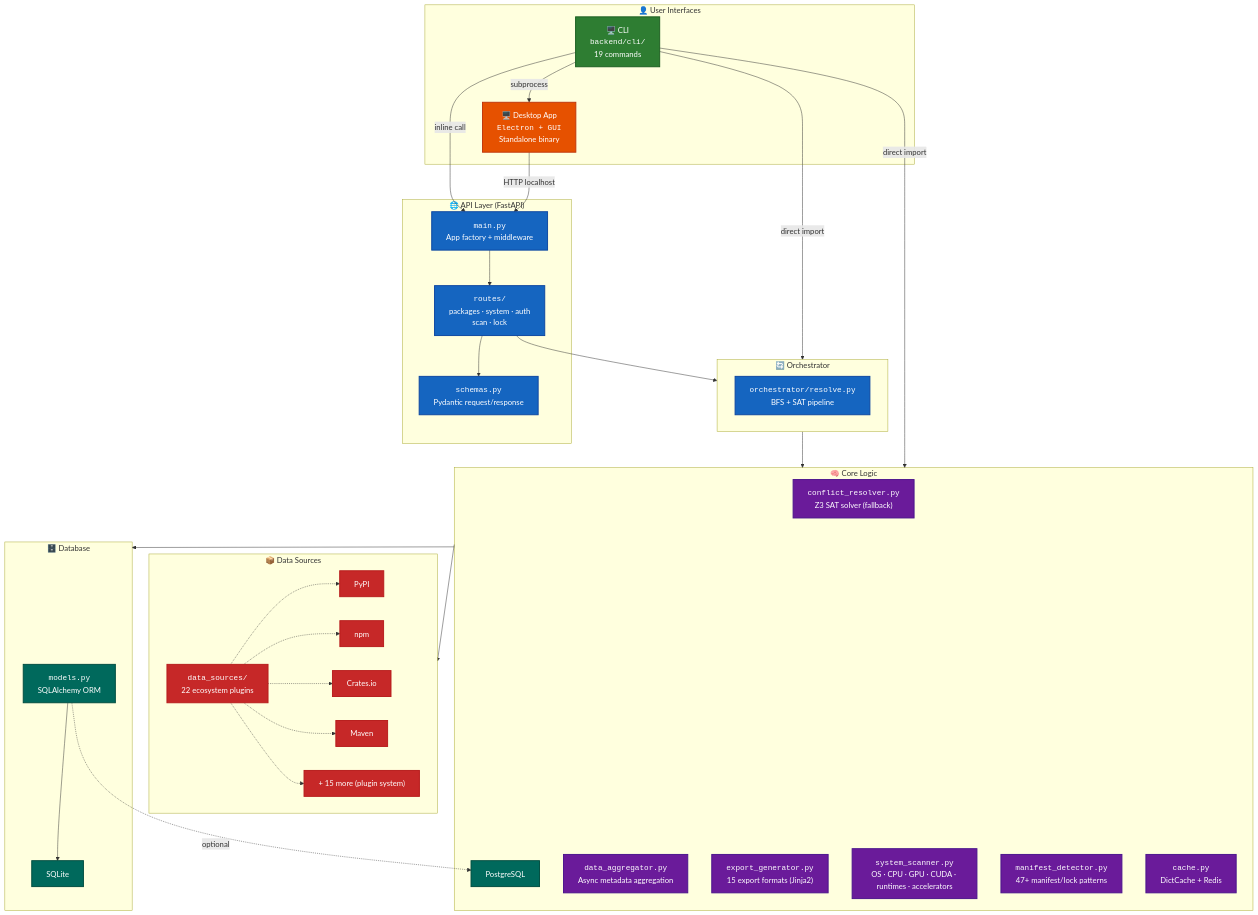
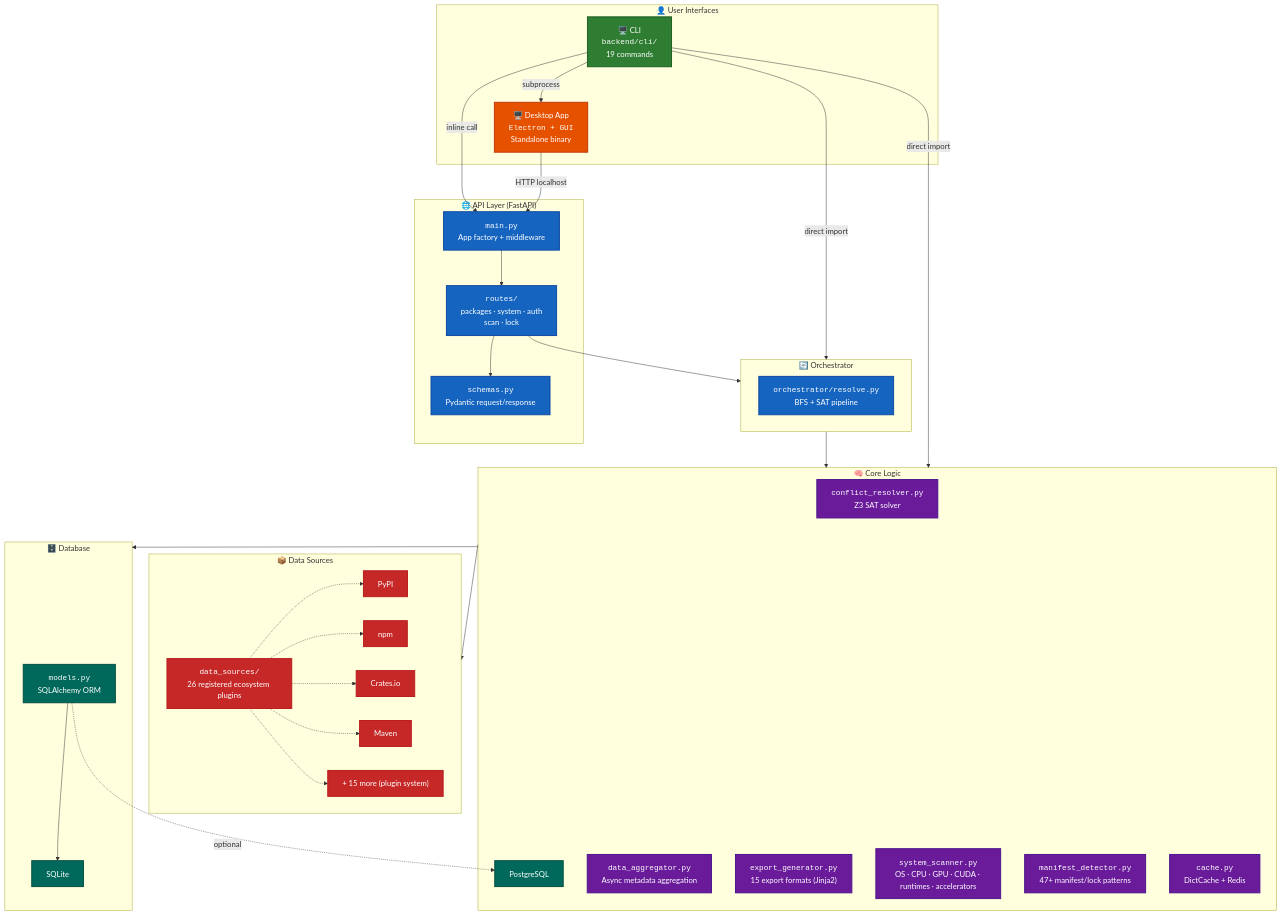
Before and after one commit to code-with-zeeshan/universal-dependency-resolver: the first of 3 diagrams in docs/ARCHITECTURE.md, drawn with Mermaid. The commit also changed other lines of this file and 156 other files, not shown here.

````diff
--- a/docs/ARCHITECTURE.md
+++ b/docs/ARCHITECTURE.md
@@ -3,68 +3,68 @@
 ```mermaid
 graph TB
     subgraph UserLayer["👤 User Interfaces"]
         CLI["🖥️ CLI<br/><code>backend/cli/</code><br/>19 commands"]:::cli
         DESKTOP["🖥️ Desktop App<br/><code>Electron + GUI</code><br/>Standalone binary"]:::desktop
     end
 
     subgraph APILayer["🌐 API Layer (FastAPI)"]
         API_MAIN["<code>main.py</code><br/>App factory + middleware"]:::api
         ROUTES["<code>routes/</code><br/>packages · system · auth<br/>scan · lock"]:::api
         SCHEMAS["<code>schemas.py</code><br/>Pydantic request/response"]:::api
     end
 
     subgraph OrchestratorLayer["🔄 Orchestrator"]
         ORCH["<code>orchestrator/resolve.py</code><br/>BFS + SAT pipeline"]:::api
     end
 
     subgraph CoreLayer["🧠 Core Logic"]
-        CR["<code>conflict_resolver.py</code><br/>Z3 SAT solver (fallback)"]:::core
-        PG["<code>pubgrub_solver.py</code><br/>PubGrub solver (default, Rust-backed)"]:::core
+        CR["<code>conflict_resolver.py</code><br/>Z3 SAT solver"]:::core
+        PG["<code>pubgrub_solver.py</code><br/>PubGrub solver (Rust-backed)"]:::core
         DA["<code>data_aggregator.py</code><br/>Async metadata aggregation"]:::core
         EG["<code>export_generator.py</code><br/>15 export formats (Jinja2)"]:::core
         SS["<code>system_scanner.py</code><br/>OS · CPU · GPU · CUDA · runtimes · accelerators"]:::core
         MD["<code>manifest_detector.py</code><br/>47+ manifest/lock patterns"]:::core
         CACHE["<code>cache.py</code><br/>DictCache + Redis"]:::core
     end
 
     subgraph DataLayer["📦 Data Sources"]
-        DS_CLIENTS["<code>data_sources/</code><br/>22 ecosystem plugins"]:::data
+        DS_CLIENTS["<code>data_sources/</code><br/>26 registered ecosystem plugins"]:::data
         PYPI["PyPI"]:::data
         NPM["npm"]:::data
         CRATES["Crates.io"]:::data
         MAVEN["Maven"]:::data
         MORE["+ 15 more (plugin system)"]:::data
     end
 
     subgraph DBLayer["🗄️ Database"]
         MODELS["<code>models.py</code><br/>SQLAlchemy ORM"]:::db
         SQLITE["SQLite"]:::db
         PG["PostgreSQL"]:::db
     end
 
     CLI -->|"subprocess"| DESKTOP
     DESKTOP -->|"HTTP localhost"| API_MAIN
     CLI -->|"inline call"| API_MAIN
     CLI -->|"direct import"| CoreLayer
     API_MAIN --> ROUTES
     ROUTES --> SCHEMAS
     CLI -->|"direct import"| OrchestratorLayer
     ROUTES --> OrchestratorLayer
     OrchestratorLayer --> CoreLayer
     CoreLayer --> DataLayer
     CoreLayer --> DBLayer
     DS_CLIENTS -.-> PYPI
     DS_CLIENTS -.-> NPM
     DS_CLIENTS -.-> CRATES
     DS_CLIENTS -.-> MAVEN
     DS_CLIENTS -.-> MORE
     MODELS --> SQLITE
     MODELS -.->|"optional"| PG
 
     classDef cli fill:#2e7d32,color:#fff,stroke:#1b5e20,stroke-width:2px
     classDef desktop fill:#e65100,color:#fff,stroke:#bf360c,stroke-width:2px
     classDef api fill:#1565c0,color:#fff,stroke:#0d47a1,stroke-width:2px
     classDef core fill:#6a1b9a,color:#fff,stroke:#4a148c,stroke-width:2px
     classDef data fill:#c62828,color:#fff,stroke:#b71c1c,stroke-width:2px
     classDef db fill:#00695c,color:#fff,stroke:#004d40,stroke-width:2px
 ```
````
